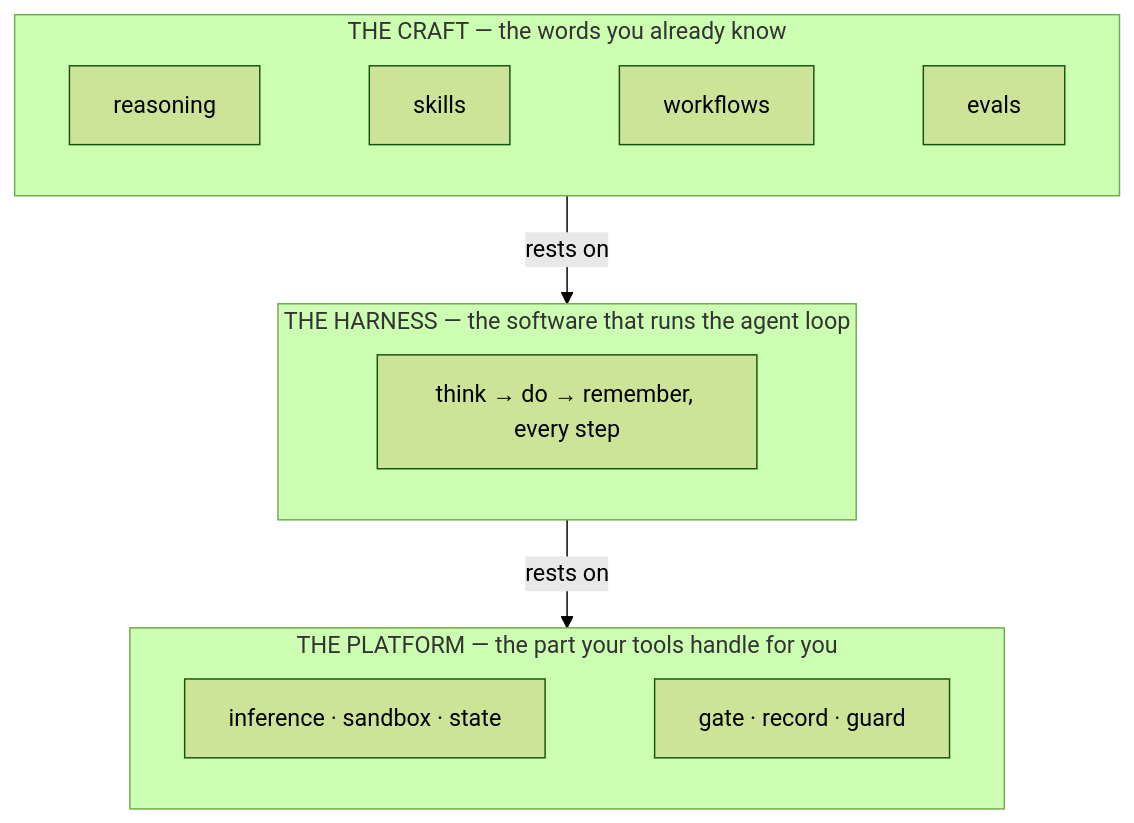
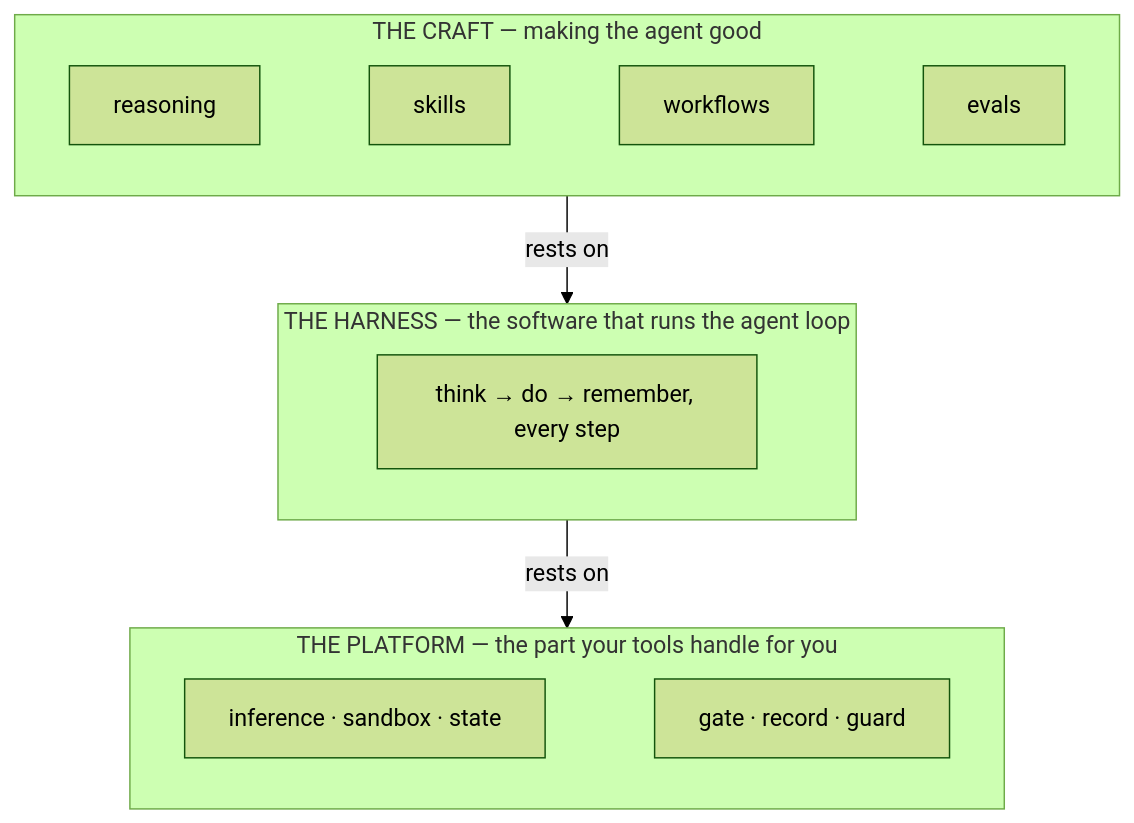
The fourth of 15 diagrams in docs/stack-slides.md (tilsley/creance), drawn with Mermaid (forest theme) before and after one commit. The commit also changed other lines of this file, not shown here.

Commit message:
docs(slides): drop the 'you already know' framing, shift to 'we' voice

````diff
--- a/docs/stack-slides.md
+++ b/docs/stack-slides.md
@@ -51,16 +51,16 @@
 ```mermaid
 flowchart TB
-  subgraph CRAFT["THE CRAFT — the words you already know"]
+  subgraph CRAFT["THE CRAFT — making the agent good"]
     direction LR
     R["reasoning"] ~~~ Sk["skills"] ~~~ Wf["workflows"] ~~~ Ev["evals"]
   end
   subgraph HARNESS["THE HARNESS — the software that runs the agent loop"]
     L["think → do → remember, every step"]
   end
   subgraph PLATFORM["THE PLATFORM — the part your tools handle for you"]
     direction LR
     P["inference · sandbox · state"] ~~~ Ct["gate · record · guard"]
   end
   CRAFT -->|"rests on"| HARNESS
   HARNESS -->|"rests on"| PLATFORM
 ```
````
